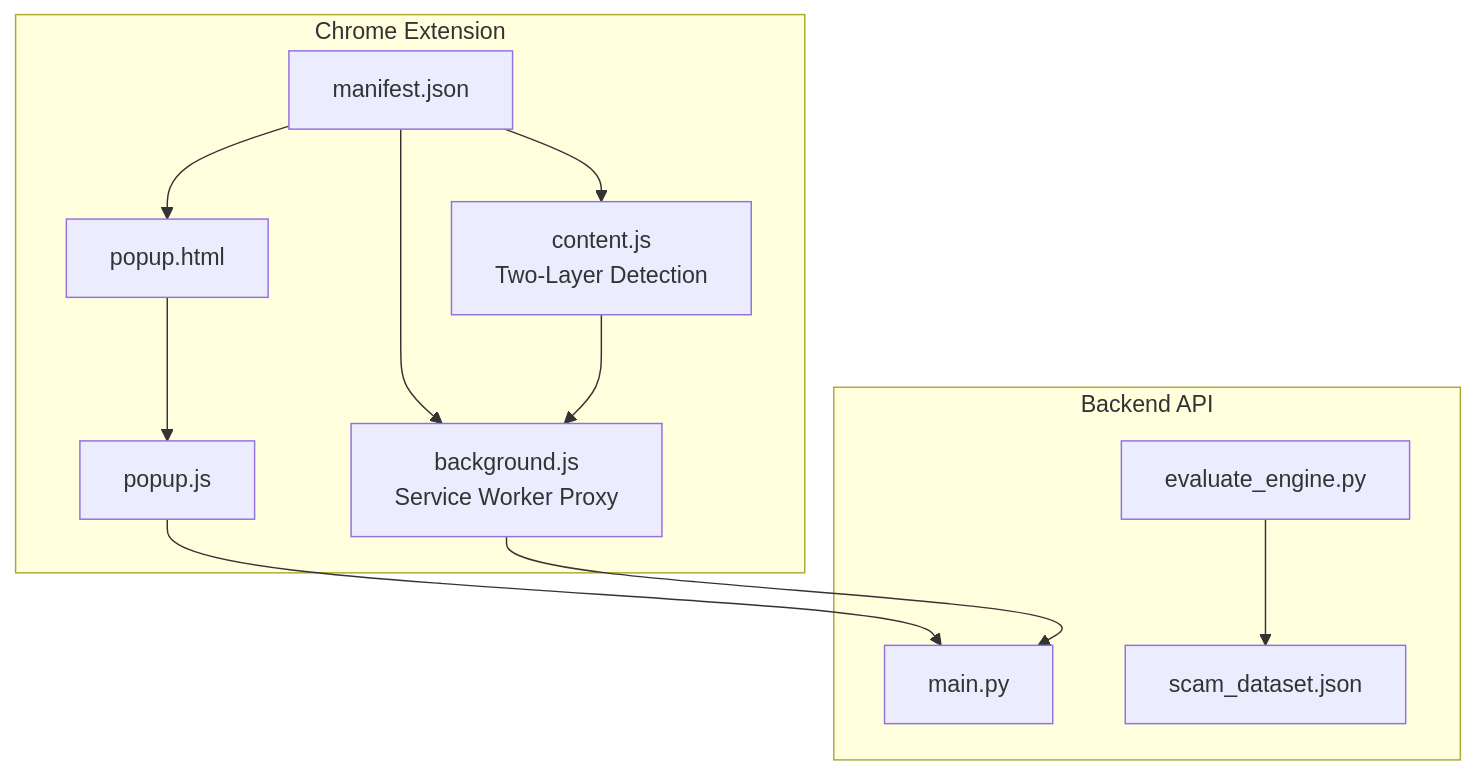
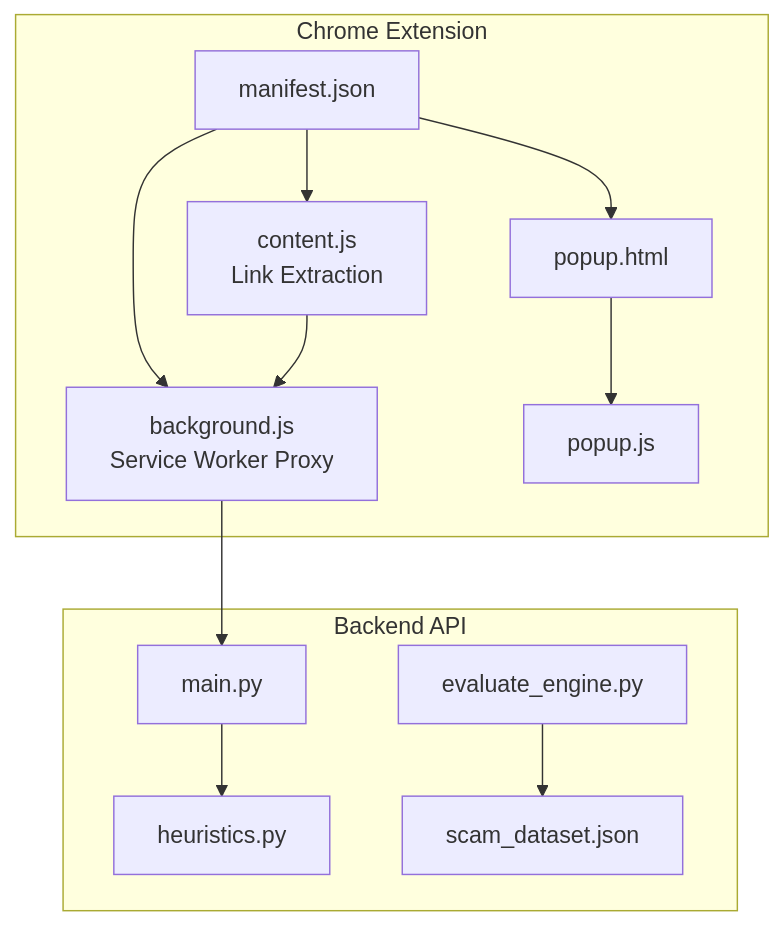
Before and after one commit to Aymanaahh/scrollguard-ai: the first of 7 diagrams in .qoder/repowiki/en/content/Chrome Extension Development.md, drawn with Mermaid. The commit also changed other lines of this file and 36 other files, not shown here.

Commit message:
Major refactor: async backend, improved heuristics, modernized popup UI, and optimized content script with MutationObserver + deduplication

````diff
--- a/.qoder/repowiki/en/content/Chrome Extension Development.md
+++ b/.qoder/repowiki/en/content/Chrome Extension Development.md
@@ -46,23 +48,24 @@
 ```mermaid
 graph TB
 subgraph "Chrome Extension"
 M["manifest.json"]
 BG["background.js<br/>Service Worker Proxy"]
-C["content.js<br/>Two-Layer Detection"]
+C["content.js<br/>Link Extraction"]
 PHTML["popup.html"]
 PJ["popup.js"]
 end
 subgraph "Backend API"
 MAIN["main.py"]
+HEUR["heuristics.py"]
 EVAL["evaluate_engine.py"]
 DATASET["scam_dataset.json"]
 end
 M --> BG
 M --> C
 M --> PHTML
 PHTML --> PJ
-PJ --> MAIN
 C --> BG
 BG --> MAIN
+MAIN --> HEUR
 EVAL --> DATASET
 ```
````
